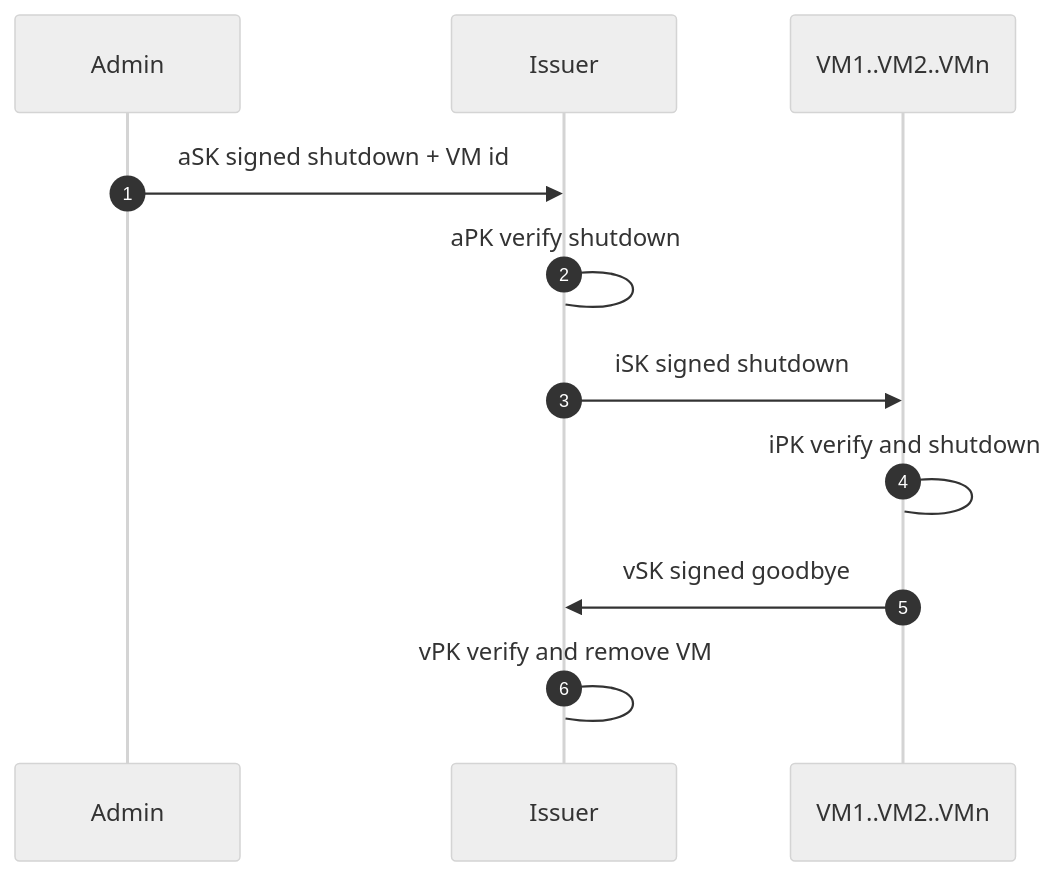
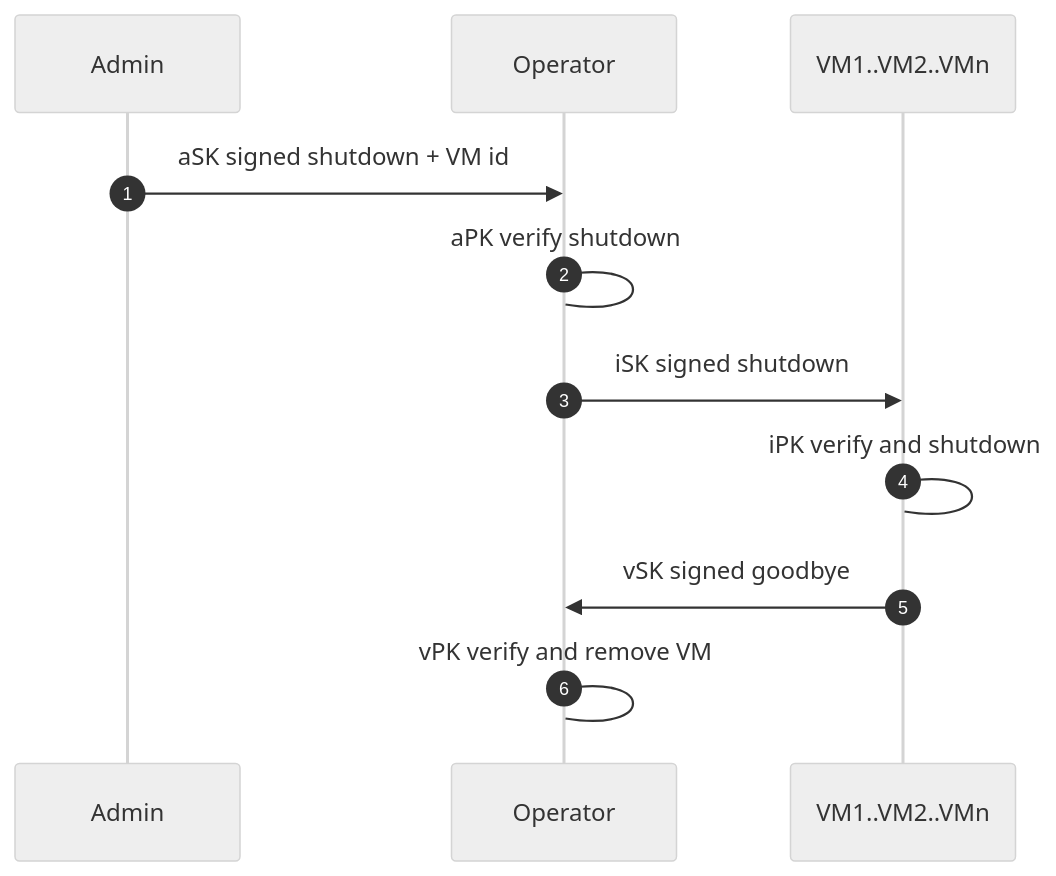
The sixth of 6 diagrams in docs/Setup.md (dyne/zenswarm-devops), drawn with Mermaid (neutral theme) before and after one commit. The commit also changed other lines of this file, not shown here.

Commit message:
rename Issuer to Operator

````diff
--- a/docs/Setup.md
+++ b/docs/Setup.md
@@ -125,14 +125,14 @@
 ```mermaid
 sequenceDiagram
 autonumber
   participant A as Admin
-  participant I as Issuer
+  participant O as Operator
   participant V as VM1..VM2..VMn
   
-  A->>I: aSK signed shutdown + VM id
-  I->I: aPK verify shutdown
-  I->>V: iSK signed shutdown
+  A->>O: aSK signed shutdown + VM id
+  O->O: aPK verify shutdown
+  O->>V: iSK signed shutdown
   V->V: iPK verify and shutdown
-  V->>I: vSK signed goodbye
-  I->I: vPK verify and remove VM
+  V->>O: vSK signed goodbye
+  O->O: vPK verify and remove VM
 ```
````
